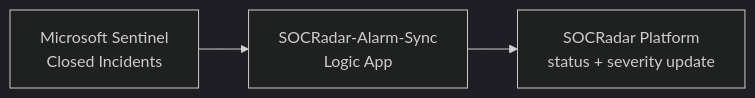
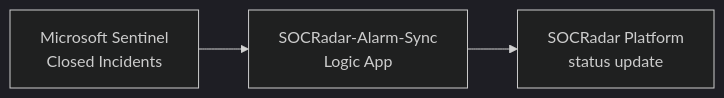
Before and after one commit to orcunsami/SOCRadar-Azure-Incidents: the second of 2 diagrams in README.md, drawn with Mermaid (dark theme). The commit also changed other lines of this file and 5 other files, not shown here.

````diff
--- a/README.md
+++ b/README.md
@@ -23,5 +27,5 @@
 ```mermaid
 flowchart LR
     A["Microsoft Sentinel<br/>Closed Incidents"] --> B["SOCRadar-Alarm-Sync<br/>Logic App"]
-    B --> C["SOCRadar Platform<br/>status + severity update"]
+    B --> C["SOCRadar Platform<br/>status update"]
 ```
````
